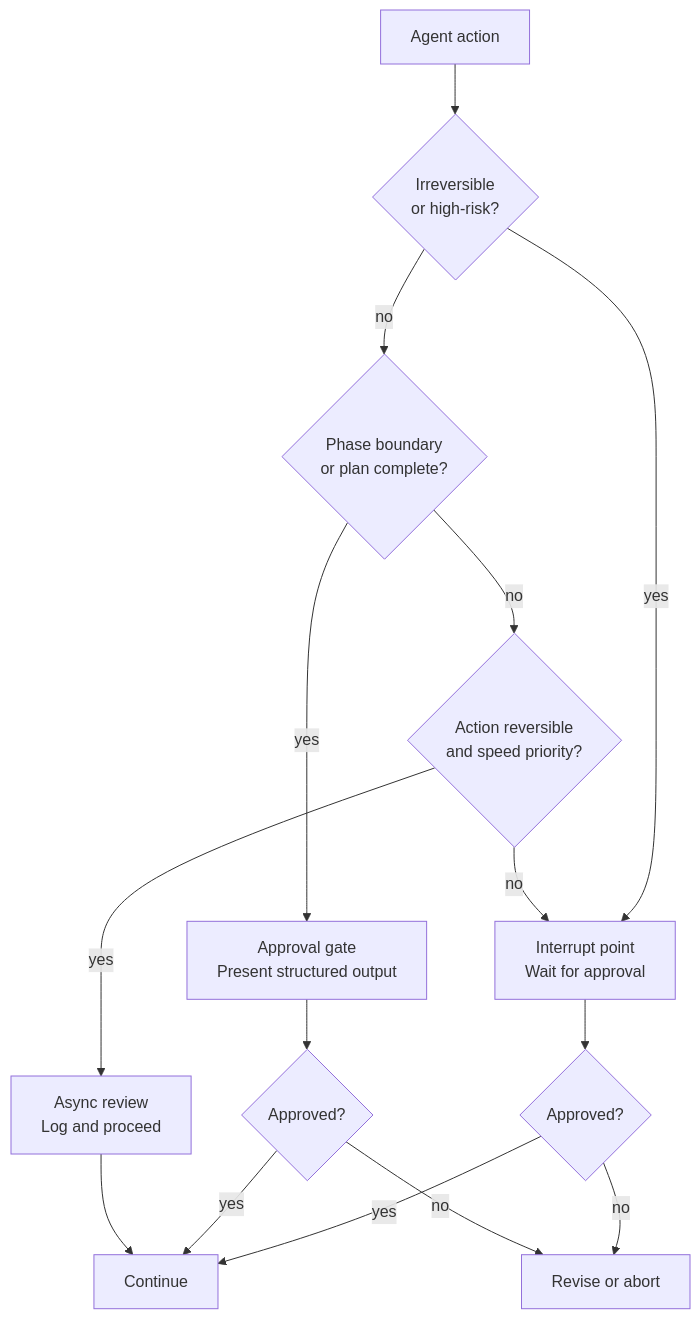
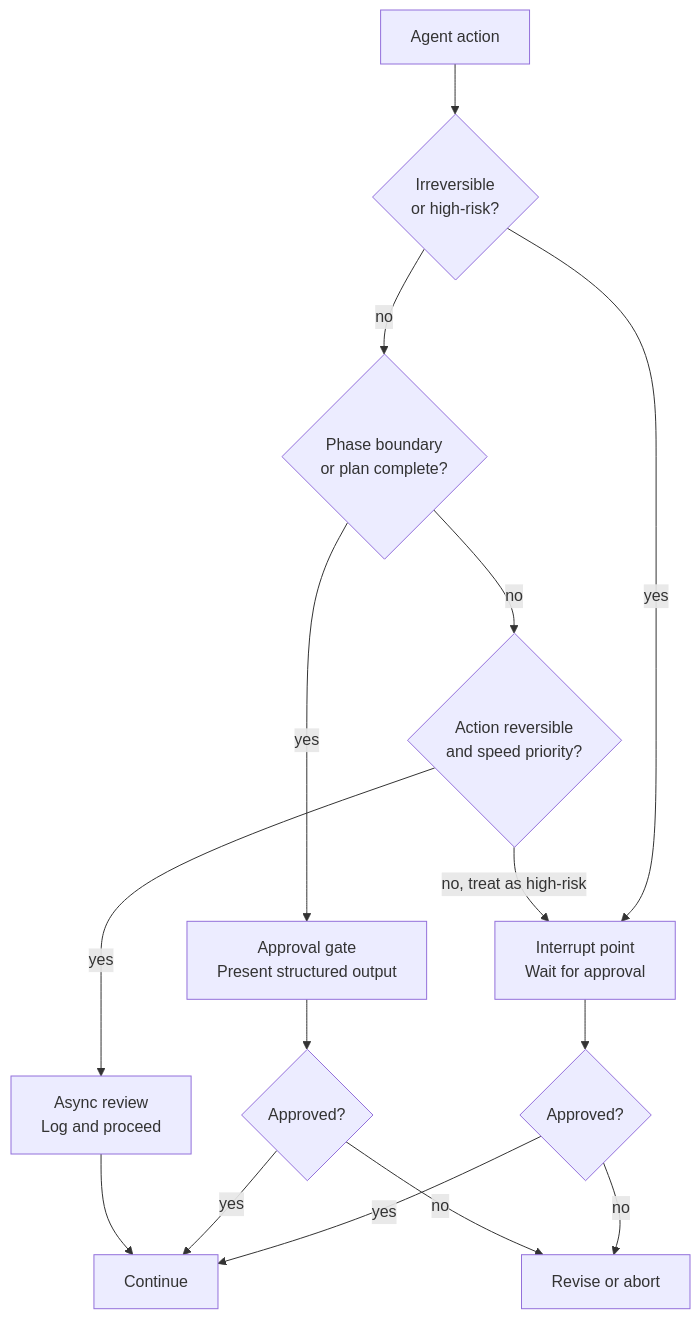
The diagram in docs/en/Agentic Development Workflows/804.md (alivedise/agentic-engineering-essentials), drawn with Mermaid before and after one commit. The commit also changed other lines of this file and 3 other files, not shown here.

````diff
--- a/docs/en/Agentic Development Workflows/804.md
+++ b/docs/en/Agentic Development Workflows/804.md
@@ -141,17 +143,17 @@
 ```mermaid
 flowchart TD
     A[Agent action] --> B{Irreversible\nor high-risk?}
     B -- yes --> C[Interrupt point\nWait for approval]
     B -- no --> D{Phase boundary\nor plan complete?}
     D -- yes --> E[Approval gate\nPresent structured output]
     D -- no --> F{Action reversible\nand speed priority?}
     F -- yes --> G[Async review\nLog and proceed]
-    F -- no --> C
+    F -- no, treat as high-risk --> C
     C --> H{Approved?}
     H -- yes --> I[Continue]
     H -- no --> J[Revise or abort]
     E --> K{Approved?}
     K -- yes --> I
     K -- no --> J
     G --> I
 ```
````
